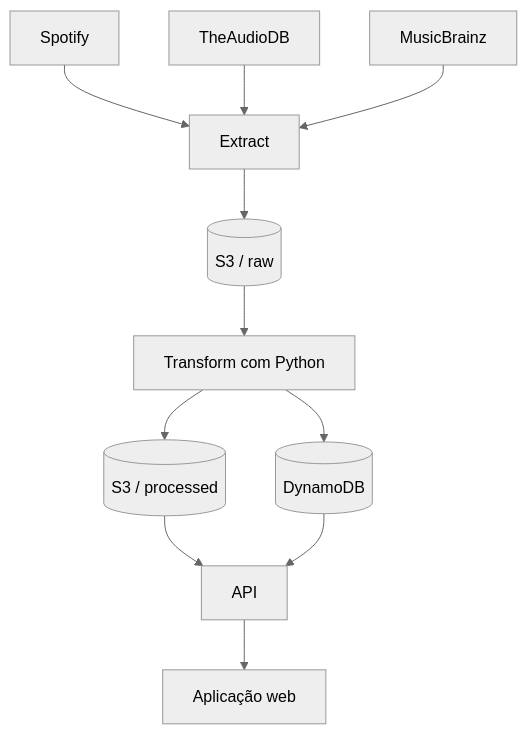
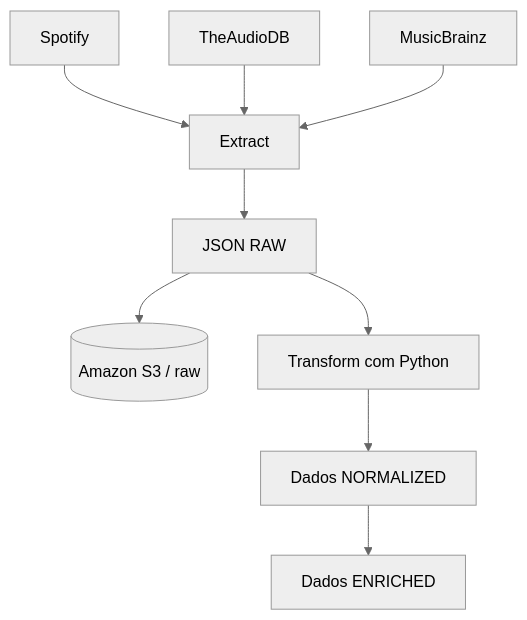
One commit to zampieri05/soundscope changed the diagram in README.md. Above: the diagram before and after it, drawn with Mermaid (neutral theme). The commit also changed other lines of this file and 6 other files, not shown here.

Commit message:
Implementar persistência RAW no Amazon S3

````diff
--- a/README.md
+++ b/README.md
@@ -26,13 +26,11 @@
 ```mermaid
 flowchart TD
     A[Spotify] --> E[Extract]
     B[TheAudioDB] --> E
     C[MusicBrainz] --> E
-    E --> R[(S3 / raw)]
+    E --> R[JSON RAW]
+    R --> S[(Amazon S3 / raw)]
     R --> T[Transform com Python]
-    T --> P[(S3 / processed)]
-    T --> D[(DynamoDB)]
-    P --> API[API]
-    D --> API
-    API --> W[Aplicação web]
+    T --> N[Dados NORMALIZED]
+    N --> EN[Dados ENRICHED]
 ```
````
